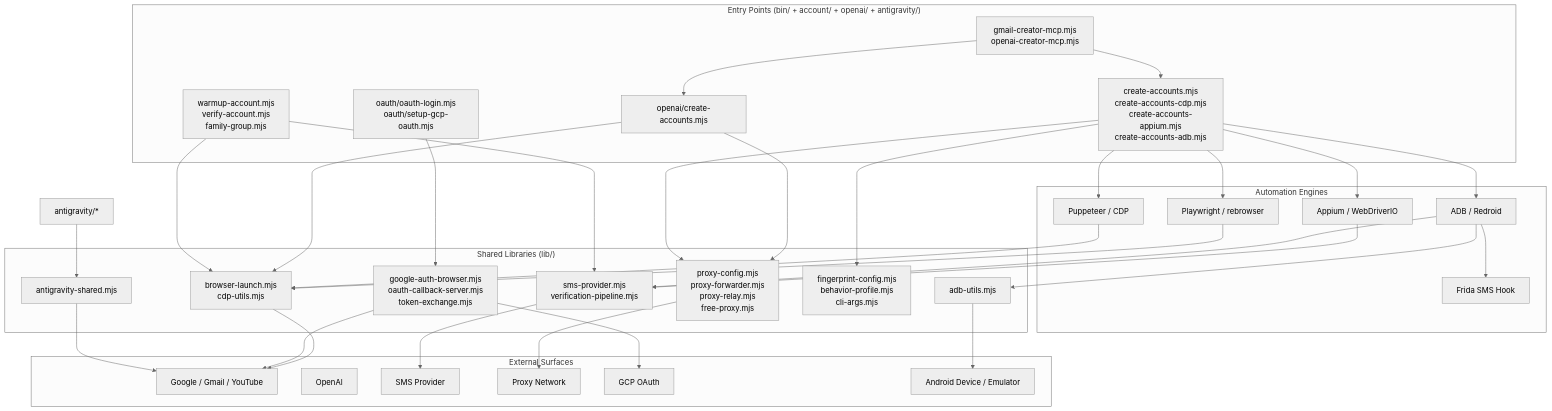
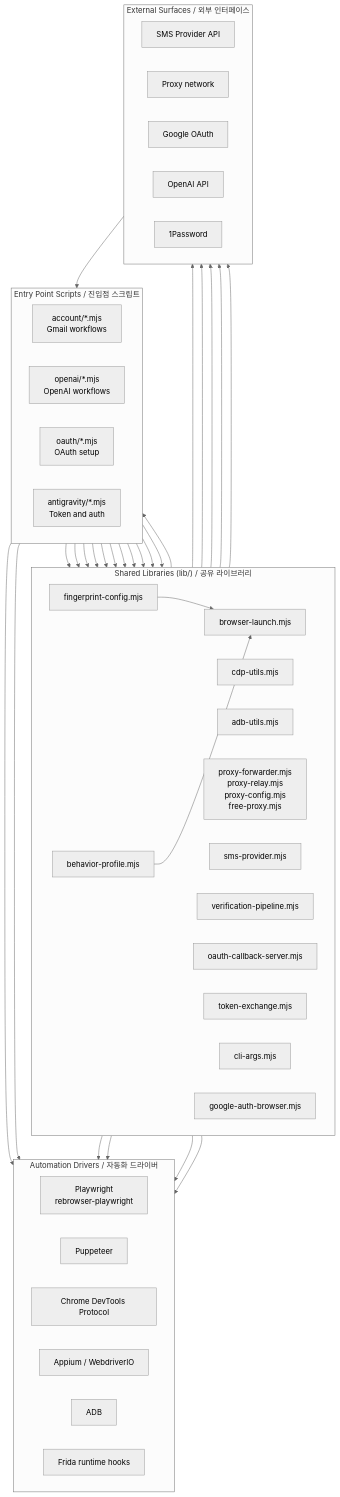
The diagram in README.md (jclee941/account), drawn with Mermaid (neutral theme) before and after one commit. The commit also changed other lines of this file, not shown here.

````diff
--- a/README.md
+++ b/README.md
@@ -148,65 +192,74 @@
 ```mermaid
 flowchart TB
-  subgraph Entry["Entry Points (bin/ + account/ + openai/ + antigravity/)"]
-    E1["create-accounts.mjs<br/>create-accounts-cdp.mjs<br/>create-accounts-appium.mjs<br/>create-accounts-adb.mjs"]
-    E2["openai/create-accounts.mjs"]
-    E3["oauth/oauth-login.mjs<br/>oauth/setup-gcp-oauth.mjs"]
-    E4["gmail-creator-mcp.mjs<br/>openai-creator-mcp.mjs"]
-    E5["warmup-account.mjs<br/>verify-account.mjs<br/>family-group.mjs"]
-  end
+    subgraph Entry["Entry Point Scripts / 진입점 스크립트"]
+        direction LR
+        Acc["account/*.mjs<br/>Gmail workflows"]
+        Oai["openai/*.mjs<br/>OpenAI workflows"]
+        Oauth["oauth/*.mjs<br/>OAuth setup"]
+        Ag["antigravity/*.mjs<br/>Token and auth"]
+    end
 
-  subgraph Engines["Automation Engines"]
-    G1["Playwright / rebrowser"]
-    G2["Puppeteer / CDP"]
-    G3["Appium / WebDriverIO"]
-    G4["ADB / Redroid"]
-    G5["Frida SMS Hook"]
-  end
+    subgraph Libs["Shared Libraries (lib/) / 공유 라이브러리"]
+        direction LR
+        Browser["browser-launch.mjs"]
+        Cdp["cdp-utils.mjs"]
+        Adb["adb-utils.mjs"]
+        Fp["fingerprint-config.mjs"]
+        Behave["behavior-profile.mjs"]
+        Proxy["proxy-forwarder.mjs<br/>proxy-relay.mjs<br/>proxy-config.mjs<br/>free-proxy.mjs"]
+        Sms["sms-provider.mjs"]
+        Ver["verification-pipeline.mjs"]
+        OauthCb["oauth-callback-server.mjs"]
+        Token["token-exchange.mjs"]
+        CliArgs["cli-args.mjs"]
+        GAuth["google-auth-browser.mjs"]
+    end
 
-  subgraph Lib["Shared Libraries (lib/)"]
-    L1["browser-launch.mjs<br/>cdp-utils.mjs"]
-    L2["adb-utils.mjs"]
-    L3["sms-provider.mjs<br/>verification-pipeline.mjs"]
-    L4["proxy-config.mjs<br/>proxy-forwarder.mjs<br/>proxy-relay.mjs<br/>free-proxy.mjs"]
-    L5["google-auth-browser.mjs<br/>oauth-callback-server.mjs<br/>token-exchange.mjs"]
-    L6["fingerprint-config.mjs<br/>behavior-profile.mjs<br/>cli-args.mjs"]
-    L7["antigravity-shared.mjs"]
-  end
+    subgraph Drivers["Automation Drivers / 자동화 드라이버"]
+        direction LR
+        PW["Playwright<br/>rebrowser-playwright"]
+        PP["Puppeteer"]
+        CDP["Chrome DevTools Protocol"]
+        AP["Appium / WebdriverIO"]
+        AB["ADB"]
+        FR["Frida runtime hooks"]
+    end
 
-  subgraph External["External Surfaces"]
-    X1["Google / Gmail / YouTube"]
-    X2["OpenAI"]
-    X3["SMS Provider"]
-    X4["Proxy Network"]
-    X5["GCP OAuth"]
-    X6["Android Device / Emulator"]
-  end
+    subgraph Ext["External Surfaces / 외부 인터페이스"]
+        direction LR
+        SmsApi["SMS Provider API"]
+        ProxyNet["Proxy network"]
+        GoogleOAuth["Google OAuth"]
+        OpenaiAPI["OpenAI API"]
+        OnePwd["1Password"]
+    end
 
-  E1 --> G1
-  E1 --> G2
-  E1 --> G3
-  E1 --> G4
-  E4 --> E1
-  E4 --> E2
-  G4 --> G5
-  G1 --> L1
-  G2 --> L1
-  G3 --> L3
-  G4 --> L2
-  G4 --> L3
-  E3 --> L5
-  E2 --> L1
-  E2 --> L4
-  E5 --> L1
-  E5 --> L3
-  E1 --> L6
-  E1 --> L4
-  antigravity["antigravity/*"] --> L7
-  L1 --> X1
-  L2 --> X6
-  L3 --> X3
-  L4 --> X4
-  L5 --> X5
-  L5 --> X1
-  L7 --> X1
+    Acc --> Browser
+    Acc --> Cdp
+    Acc --> Adb
+    Acc --> Sms
+    Acc --> Ver
+    Oai --> Browser
+    Oai --> Ver
+    Oauth --> OauthCb
+    Oauth --> GAuth
+    Ag --> Token
+    Ag --> Browser
+
+    Browser --> PW
+    Browser --> PP
+    Cdp --> CDP
+    Adb --> AB
+    Acc --> AP
+    Acc --> FR
+
+    Sms --> SmsApi
+    Proxy --> ProxyNet
+    OauthCb --> GoogleOAuth
+    Token --> GoogleOAuth
+    Token --> OpenaiAPI
+    Fp --> Browser
+    Behave --> Browser
+    CliArgs --> Entry
+    OnePwd --> Entry
 ```
````
